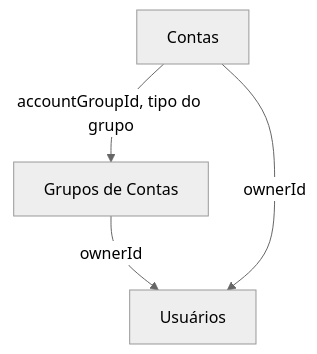
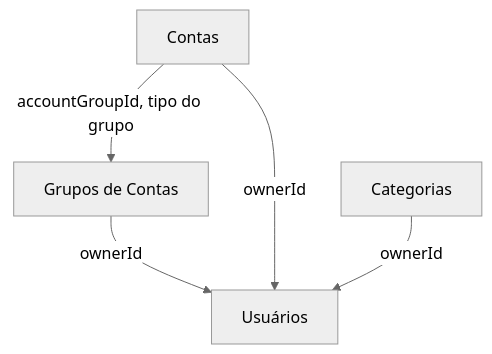
One commit to Danrley-Ruan-Saquetti/EsliphFinance changed the diagram in docs/domains/README.md. Above: the diagram before and after it, drawn with Mermaid (neutral theme). The commit also changed other lines of this file and 25 other files, not shown here.

````diff
--- a/docs/domains/README.md
+++ b/docs/domains/README.md
@@ -23,10 +24,12 @@
 ```mermaid
 graph TD
   User[Usuários]
   AccountGroup[Grupos de Contas]
   Account[Contas]
+  Category[Categorias]
 
   AccountGroup -->|ownerId| User
   Account -->|ownerId| User
   Account -->|accountGroupId, tipo do grupo| AccountGroup
+  Category -->|ownerId| User
 ```
````
